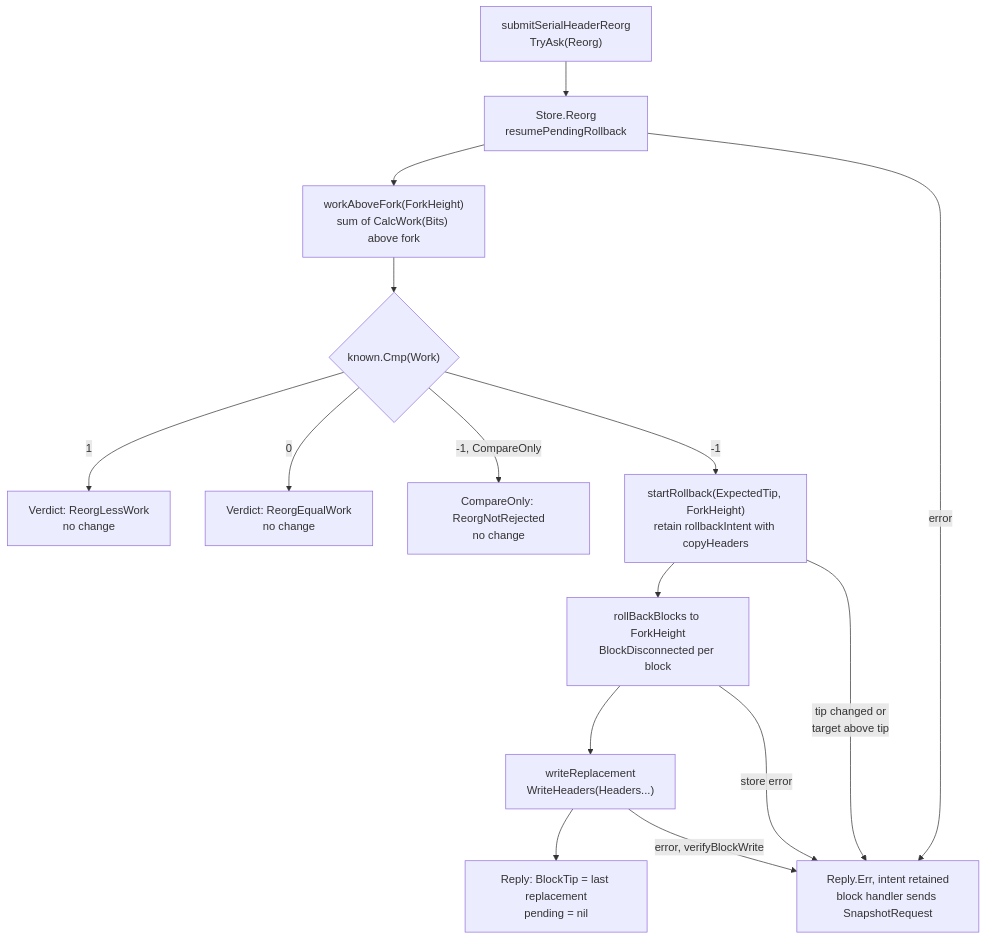
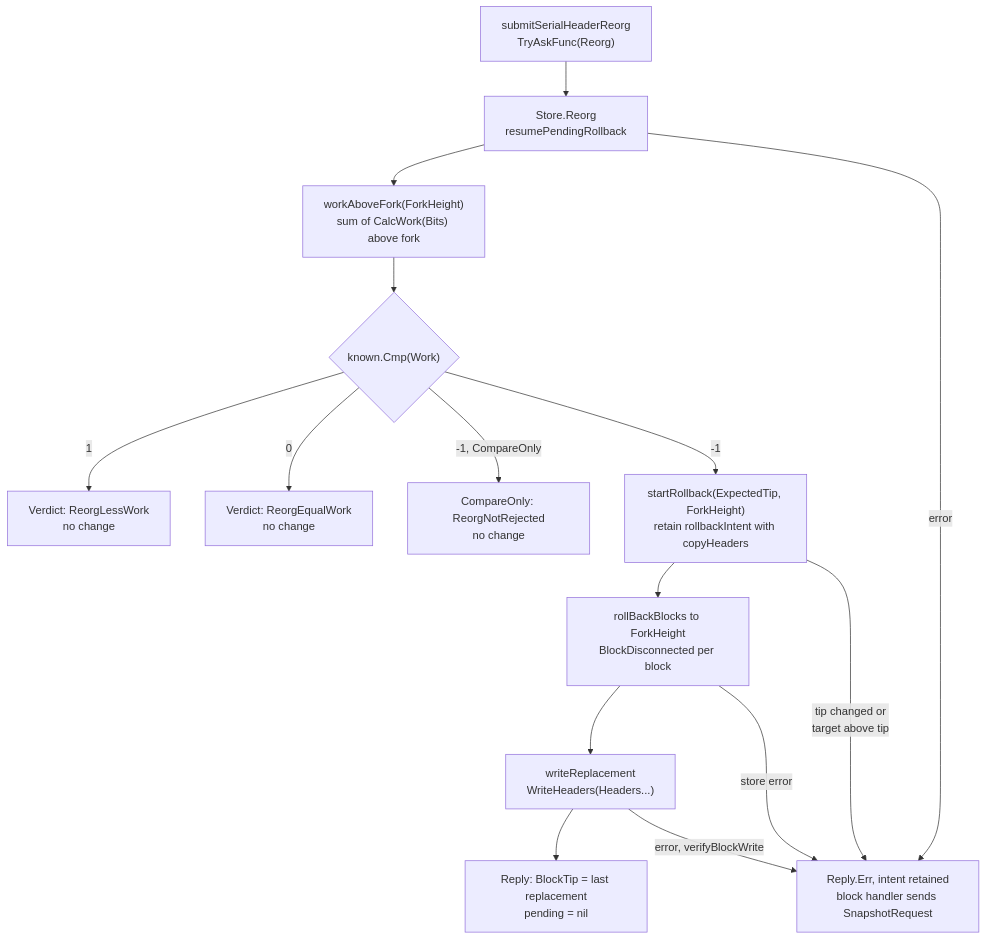
Before and after one commit to lightninglabs/neutrino: the fifth of 6 diagrams in docs/chainstore-architecture.md, drawn with Mermaid. The commit also changed other lines of this file and 16 other files, not shown here.

````diff
--- a/docs/chainstore-architecture.md
+++ b/docs/chainstore-architecture.md
@@ -338,25 +339,25 @@
 ```mermaid
 flowchart TB
-    sub["submitSerialHeaderReorg<br/>TryAsk(Reorg)"]
+    sub["submitSerialHeaderReorg<br/>TryAskFunc(Reorg)"]
     resume["Store.Reorg<br/>resumePendingRollback"]
     work["workAboveFork(ForkHeight)<br/>sum of CalcWork(Bits) above fork"]
     cmp{"known.Cmp(Work)"}
     less["Verdict: ReorgLessWork<br/>no change"]
     eq["Verdict: ReorgEqualWork<br/>no change"]
     co["CompareOnly: ReorgNotRejected<br/>no change"]
     start["startRollback(ExpectedTip, ForkHeight)<br/>retain rollbackIntent with copyHeaders"]
     rb["rollBackBlocks to ForkHeight<br/>BlockDisconnected per block"]
     repl["writeReplacement<br/>WriteHeaders(Headers...)"]
     ok["Reply: BlockTip = last replacement<br/>pending = nil"]
     err["Reply.Err, intent retained<br/>block handler sends SnapshotRequest"]
 
     sub --> resume --> work --> cmp
     resume -- "error" --> err
     cmp -- "1" --> less
     cmp -- "0" --> eq
     cmp -- "-1, CompareOnly" --> co
     cmp -- "-1" --> start --> rb --> repl --> ok
     start -- "tip changed or<br/>target above tip" --> err
     rb -- "store error" --> err
     repl -- "error, verifyBlockWrite" --> err
 ```
````
